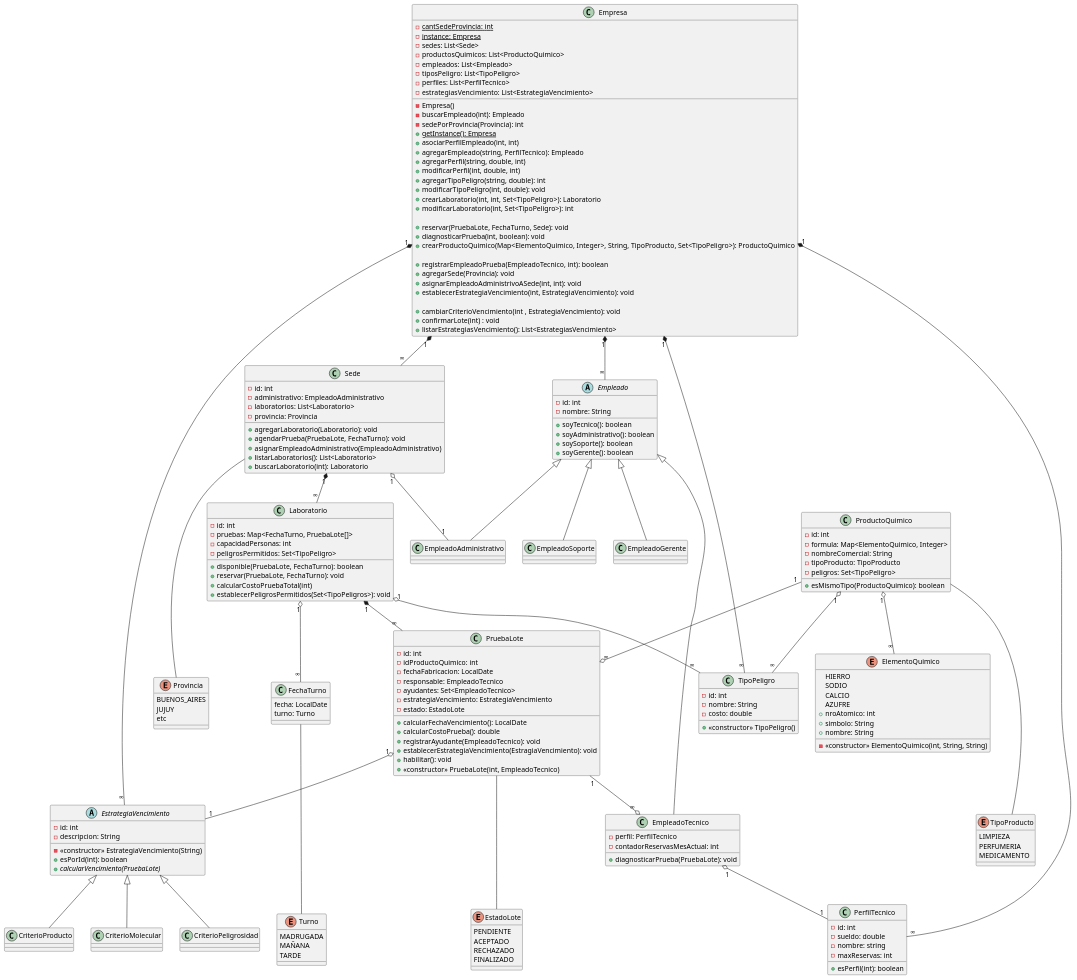
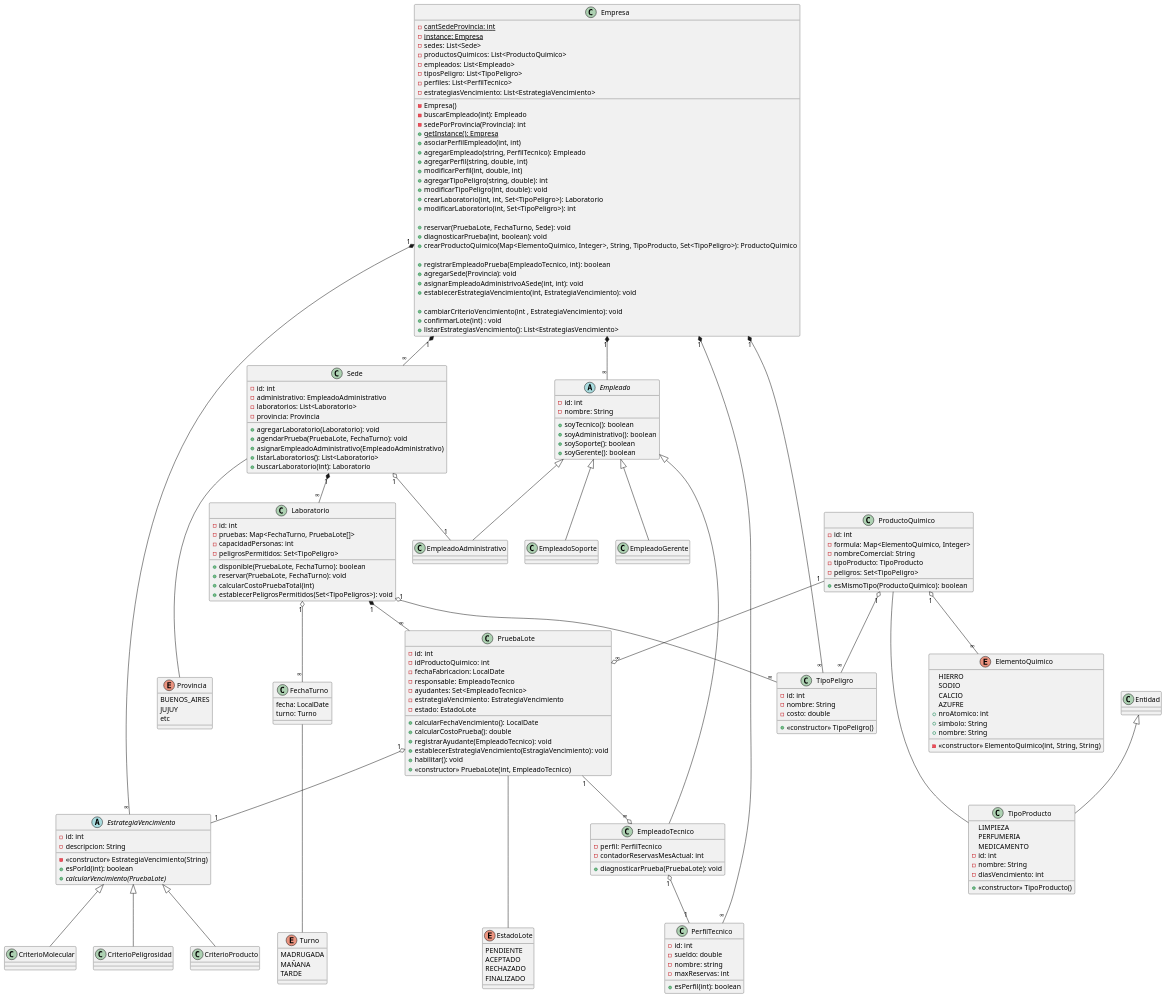
One commit to SrBigotones/UADE_TPO_OOP changed the diagram in diagramas/clases.plantuml. Above: the diagram before and after it, drawn with PlantUML.

Commit message:
se  agrega class TipoProducto
se  agrega class TipoProducto al UML

```diff
--- a/diagramas/clases.plantuml
+++ b/diagramas/clases.plantuml
@@ -195,6 +195,12 @@
   - costo: double
   + <<constructor>> TipoPeligro()
 }
+class TipoProducto  {
+	- id: int
+	-nombre: String
+	-diasVencimiento: int
+  + <<constructor>> TipoProducto()
+}
 
 Empresa "1" *--	"∞" Sede
 Sede "1" *-- "∞" Laboratorio
@@ -216,5 +222,6 @@
 Sede "1" o-- "1" EmpleadoAdministrativo
 PruebaLote "1" --o "∞" EmpleadoTecnico
 Empresa "1" *-- "∞" EstrategiaVencimiento
+Entidad <|-- TipoProducto
 
 @enduml
```
